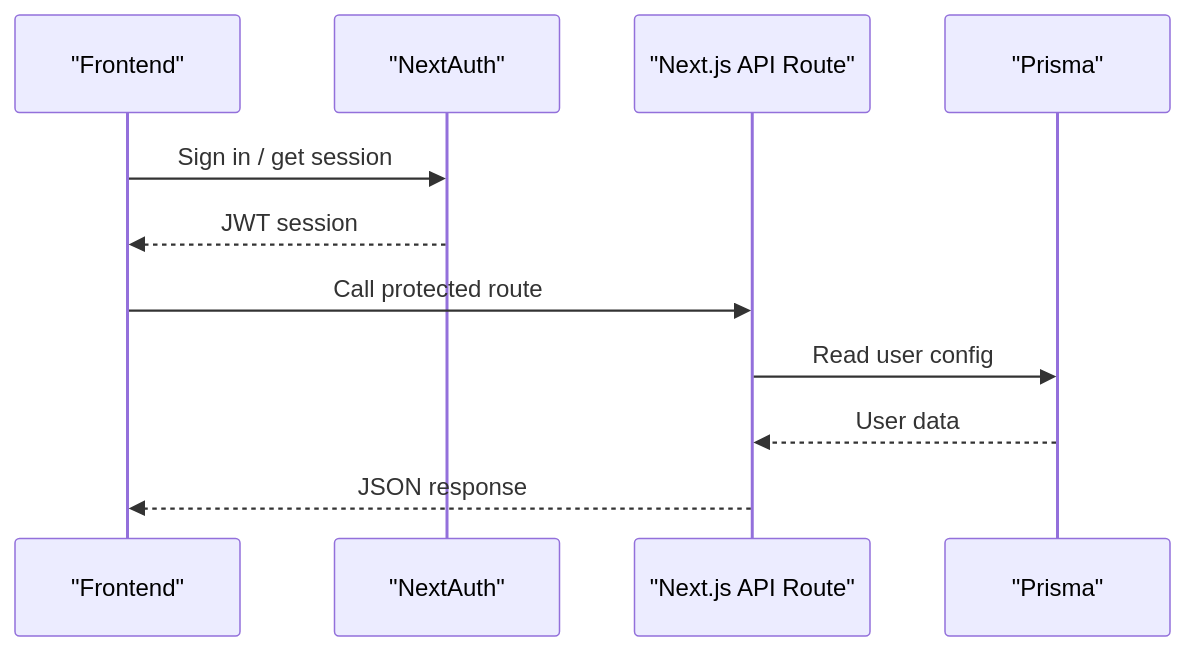
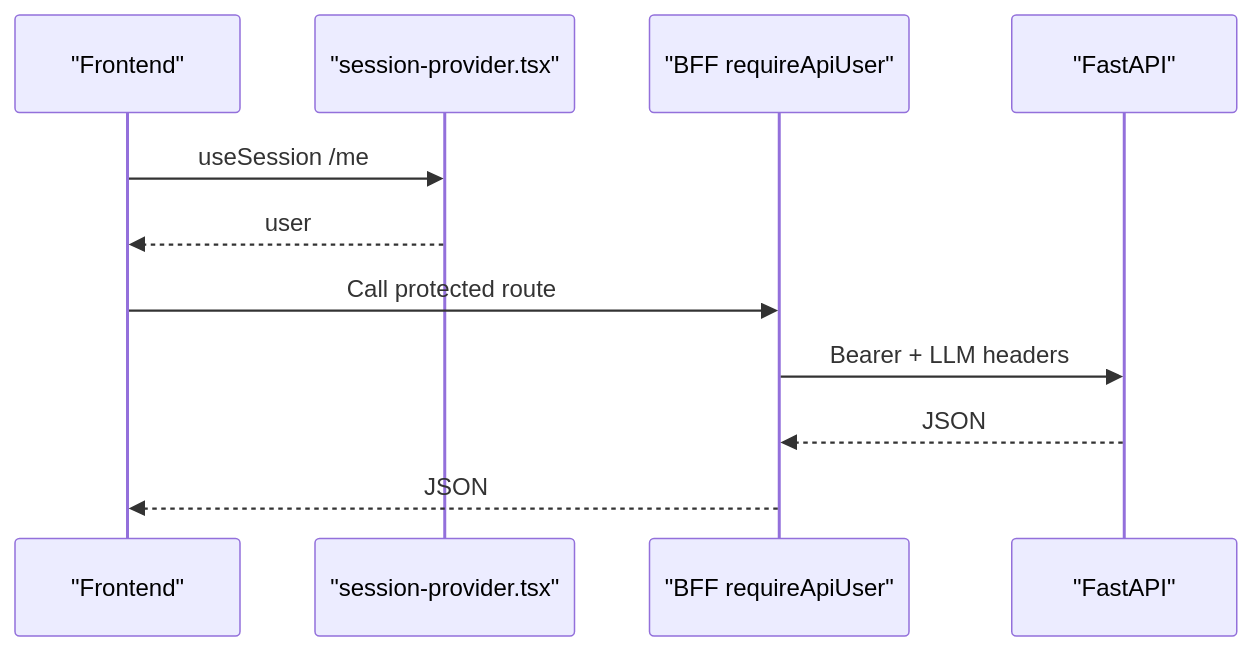
The fifth of 9 diagrams in src/data/docs/talentsync/API Client Libraries.md (tashifkhan/tashif.codes), drawn with Mermaid before and after one commit. The commit also changed other lines of this file and 2128 other files, not shown here.

First line of the commit message:
docs: replace raster diagram images with native Mermaid across project guides

````diff
--- a/src/data/docs/talentsync/API Client Libraries.md
+++ b/src/data/docs/talentsync/API Client Libraries.md
@@ -139,13 +138,13 @@
 ```mermaid
 sequenceDiagram
 participant FE as "Frontend"
-participant NA as "NextAuth"
-participant SRV as "Next.js API Route"
-participant DB as "Prisma"
-FE->>NA : Sign in / get session
-NA-->>FE : JWT session
+participant SP as "session-provider.tsx"
+participant SRV as "BFF requireApiUser"
+participant BE as "FastAPI"
+FE->>SP : useSession /me
+SP-->>FE : user
 FE->>SRV : Call protected route
-SRV->>DB : Read user config
-DB-->>SRV : User data
-SRV-->>FE : JSON response
+SRV->>BE : Bearer + LLM headers
+BE-->>SRV : JSON
+SRV-->>FE : JSON
 ```
````
